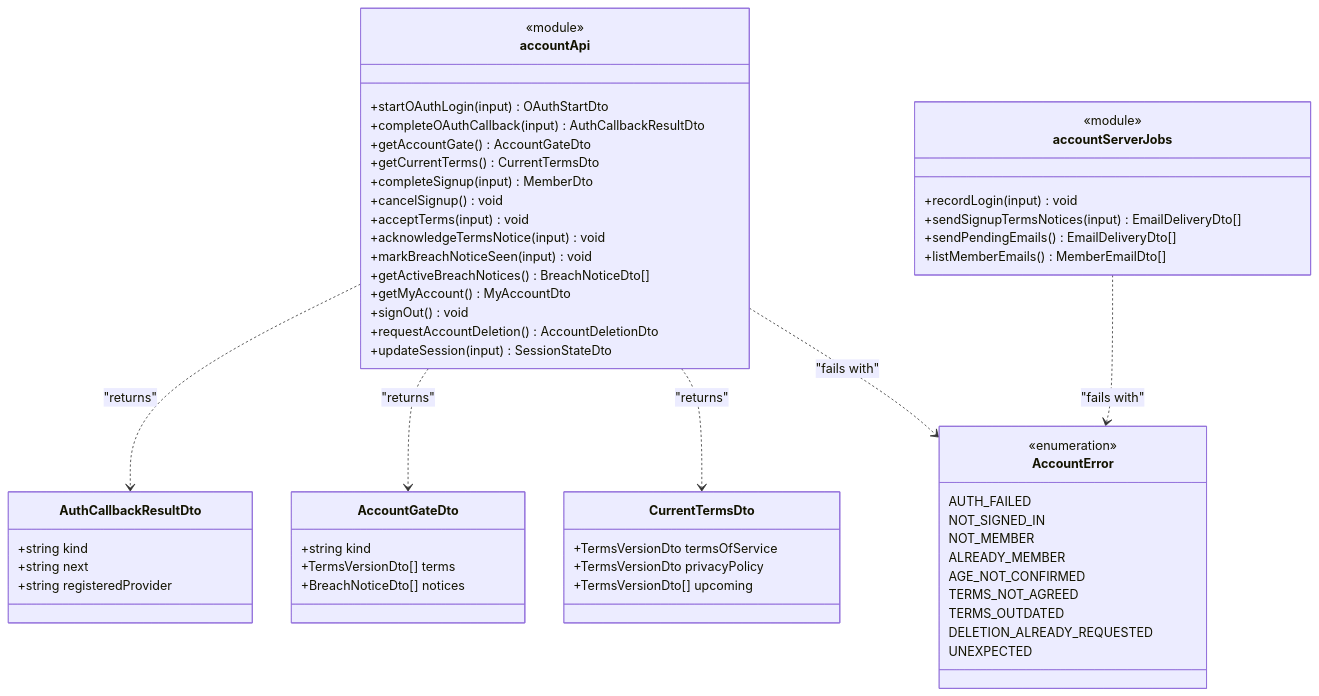
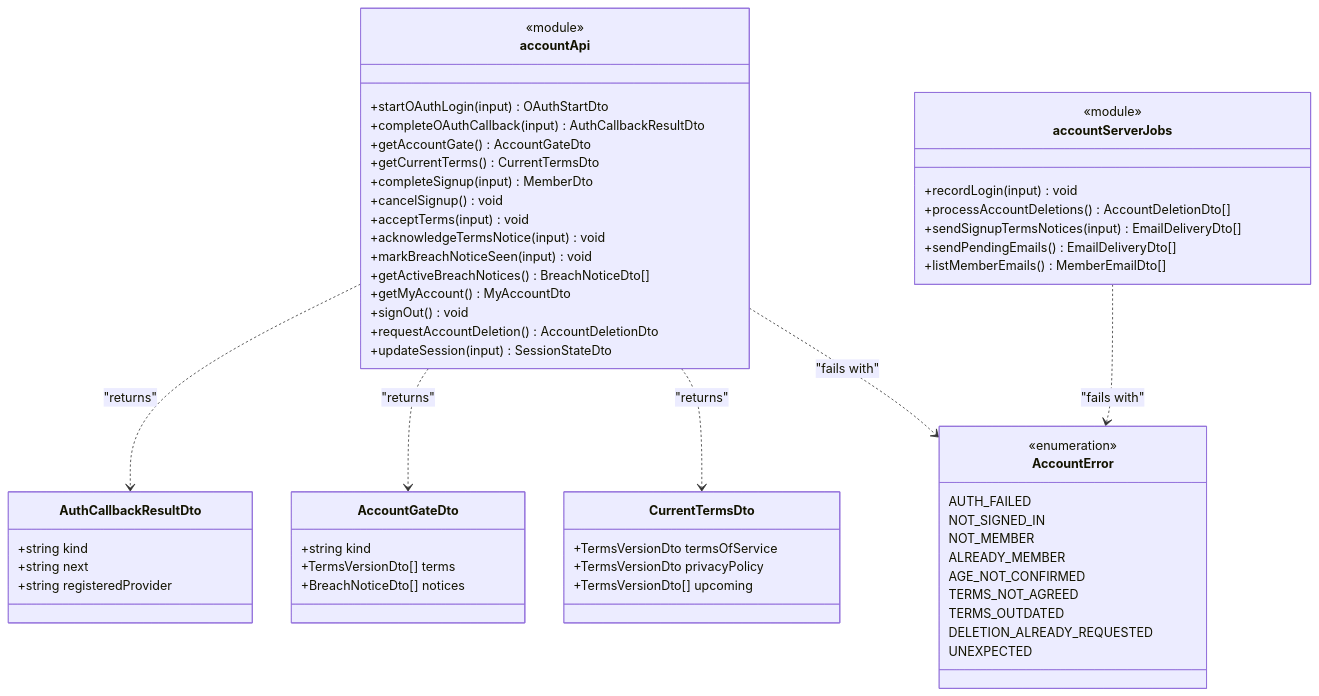
One commit to god3v/hamtteukka changed the second of 2 diagrams in docs/specs/001-account/design/domain.md. Above: the diagram before and after it, drawn with Mermaid. The commit also changed other lines of this file and 4 other files, not shown here.

````diff
--- a/docs/specs/001-account/design/domain.md
+++ b/docs/specs/001-account/design/domain.md
@@ -169,59 +170,60 @@
 ```mermaid
 classDiagram
   class accountApi {
     <<module>>
     +startOAuthLogin(input) OAuthStartDto
     +completeOAuthCallback(input) AuthCallbackResultDto
     +getAccountGate() AccountGateDto
     +getCurrentTerms() CurrentTermsDto
     +completeSignup(input) MemberDto
     +cancelSignup() void
     +acceptTerms(input) void
     +acknowledgeTermsNotice(input) void
     +markBreachNoticeSeen(input) void
     +getActiveBreachNotices() BreachNoticeDto[]
     +getMyAccount() MyAccountDto
     +signOut() void
     +requestAccountDeletion() AccountDeletionDto
     +updateSession(input) SessionStateDto
   }
   class accountServerJobs {
     <<module>>
     +recordLogin(input) void
+    +processAccountDeletions() AccountDeletionDto[]
     +sendSignupTermsNotices(input) EmailDeliveryDto[]
     +sendPendingEmails() EmailDeliveryDto[]
     +listMemberEmails() MemberEmailDto[]
   }
   class AuthCallbackResultDto {
     +string kind
     +string next
     +string registeredProvider
   }
   class AccountGateDto {
     +string kind
     +TermsVersionDto[] terms
     +BreachNoticeDto[] notices
   }
   class CurrentTermsDto {
     +TermsVersionDto termsOfService
     +TermsVersionDto privacyPolicy
     +TermsVersionDto[] upcoming
   }
   class AccountError {
     <<enumeration>>
     AUTH_FAILED
     NOT_SIGNED_IN
     NOT_MEMBER
     ALREADY_MEMBER
     AGE_NOT_CONFIRMED
     TERMS_NOT_AGREED
     TERMS_OUTDATED
     DELETION_ALREADY_REQUESTED
     UNEXPECTED
   }
   accountApi ..> AuthCallbackResultDto : "returns"
   accountApi ..> AccountGateDto : "returns"
   accountApi ..> CurrentTermsDto : "returns"
   accountApi ..> AccountError : "fails with"
   accountServerJobs ..> AccountError : "fails with"
 ```
````
